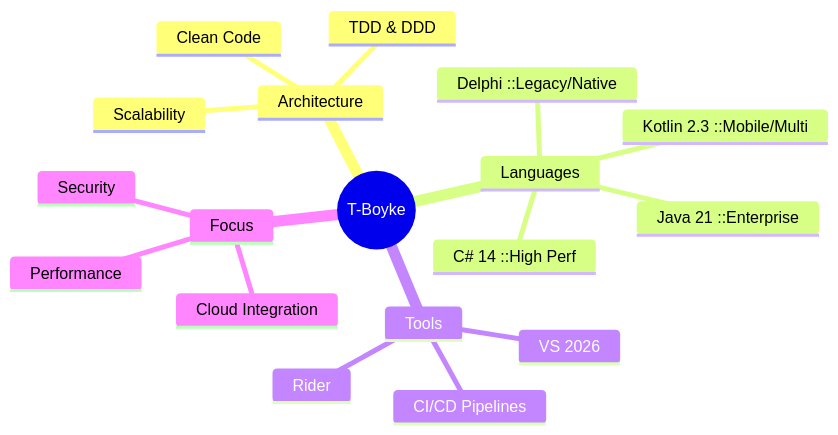
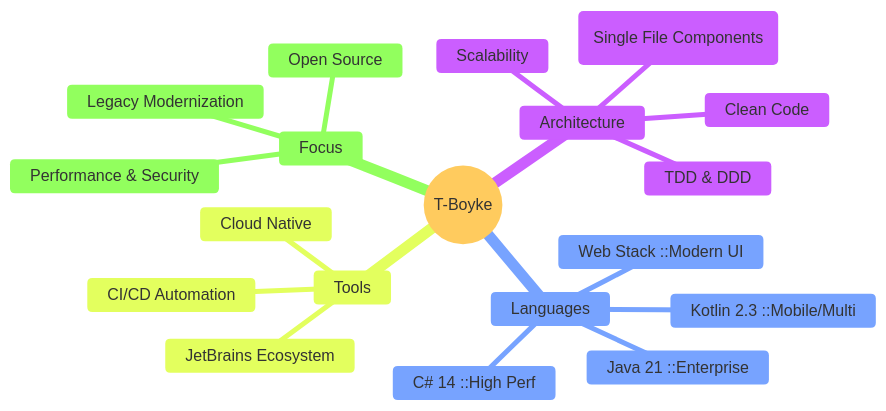
Before and after one commit to T-Boyke/T-Boyke: the diagram in README.md, drawn with Mermaid. The commit also changed other lines of this file, not shown here.

````diff
--- a/README.md
+++ b/README.md
@@ -55,21 +55,23 @@
 ```mermaid
+%%{init: {'theme': 'base', 'themeVariables': { 'textColor': '#fff', 'nodeTextColor': '#fff', 'lineColor': '#fff' }}}%%
 mindmap
   root((T-Boyke))
     Architecture
       Clean Code
       TDD & DDD
+      SFC (Single File Components)
       Scalability
     Languages
       C# 14 ::High Perf
       Java 21 ::Enterprise
       Kotlin 2.3 ::Mobile/Multi
-      Delphi ::Legacy/Native
+      Web Stack ::Modern UI
     Tools
-      Rider
-      VS 2026
-      CI/CD Pipelines
+      JetBrains Ecosystem
+      CI/CD Automation
+      Cloud Native
     Focus
-      Cloud Integration
-      Performance
-      Security
+      Performance & Security
+      Legacy Modernization
+      Open Source
 ```
````
